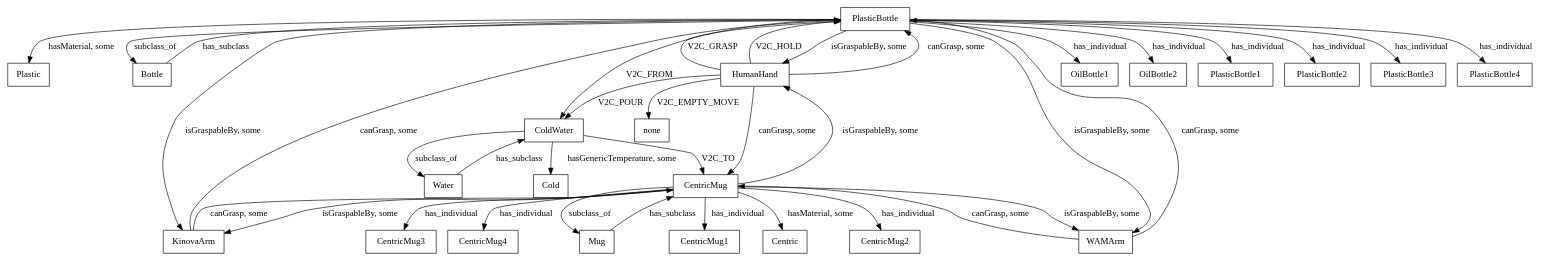
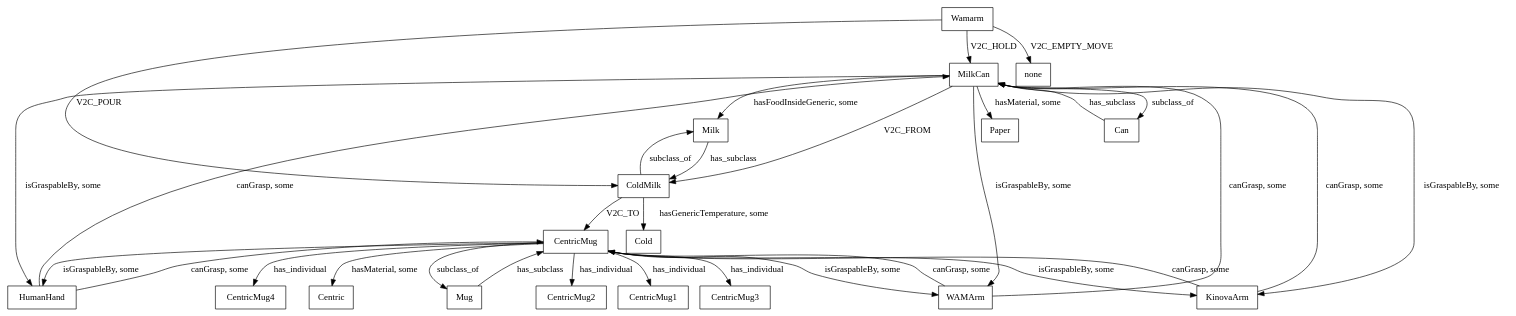
One commit to cjiang2/robot_semantics changed the diagram in experiments/demo/KG.gv. Above: the diagram before and after it, drawn with Graphviz. The commit also changed 6 other files, not shown here.

```diff
--- a/experiments/demo/KG.gv
+++ b/experiments/demo/KG.gv
@@ -1,151 +1,127 @@
 digraph KG {
 	node [shape=box]
 	node [shape=box]
-	PlasticBottle
-	Plastic
-	PlasticBottle -> Plastic [label="hasMaterial, some"]
+	MilkCan
+	Milk
+	MilkCan -> Milk [label="hasFoodInsideGeneric, some"]
 	node [shape=box]
-	PlasticBottle
-	Bottle
-	PlasticBottle -> Bottle [label=subclass_of]
+	MilkCan
+	Paper
+	MilkCan -> Paper [label="hasMaterial, some"]
 	node [shape=box]
-	PlasticBottle
+	MilkCan
+	Can
+	MilkCan -> Can [label=subclass_of]
+	node [shape=box]
+	MilkCan
 	HumanHand
-	PlasticBottle -> HumanHand [label="isGraspableBy, some"]
+	MilkCan -> HumanHand [label="isGraspableBy, some"]
 	node [shape=box]
-	PlasticBottle
+	MilkCan
 	KinovaArm
-	PlasticBottle -> KinovaArm [label="isGraspableBy, some"]
+	MilkCan -> KinovaArm [label="isGraspableBy, some"]
 	node [shape=box]
-	PlasticBottle
+	MilkCan
 	WAMArm
-	PlasticBottle -> WAMArm [label="isGraspableBy, some"]
+	MilkCan -> WAMArm [label="isGraspableBy, some"]
 	node [shape=box]
-	PlasticBottle
-	OilBottle1
-	PlasticBottle -> OilBottle1 [label=has_individual]
-	node [shape=box]
-	PlasticBottle
-	OilBottle2
-	PlasticBottle -> OilBottle2 [label=has_individual]
-	node [shape=box]
-	PlasticBottle
-	PlasticBottle1
-	PlasticBottle -> PlasticBottle1 [label=has_individual]
-	node [shape=box]
-	PlasticBottle
-	PlasticBottle2
-	PlasticBottle -> PlasticBottle2 [label=has_individual]
-	node [shape=box]
-	PlasticBottle
-	PlasticBottle3
-	PlasticBottle -> PlasticBottle3 [label=has_individual]
-	node [shape=box]
-	PlasticBottle
-	PlasticBottle4
-	PlasticBottle -> PlasticBottle4 [label=has_individual]
-	node [shape=box]
-	Bottle
-	PlasticBottle
-	Bottle -> PlasticBottle [label=has_subclass]
+	Can
+	MilkCan
+	Can -> MilkCan [label=has_subclass]
 	node [shape=box]
 	HumanHand
-	PlasticBottle
-	HumanHand -> PlasticBottle [label="canGrasp, some"]
+	MilkCan
+	HumanHand -> MilkCan [label="canGrasp, some"]
 	node [shape=box]
 	KinovaArm
-	PlasticBottle
-	KinovaArm -> PlasticBottle [label="canGrasp, some"]
+	MilkCan
+	KinovaArm -> MilkCan [label="canGrasp, some"]
 	node [shape=box]
 	WAMArm
-	PlasticBottle
-	WAMArm -> PlasticBottle [label="canGrasp, some"]
+	MilkCan
+	WAMArm -> MilkCan [label="canGrasp, some"]
 	node [shape=box]
-	ColdWater
+	ColdMilk
 	Cold
-	ColdWater -> Cold [label="hasGenericTemperature, some"]
+	ColdMilk -> Cold [label="hasGenericTemperature, some"]
 	node [shape=box]
-	ColdWater
-	Water
-	ColdWater -> Water [label=subclass_of]
+	ColdMilk
+	Milk
+	ColdMilk -> Milk [label=subclass_of]
 	node [shape=box]
-	Water
-	ColdWater
-	Water -> ColdWater [label=has_subclass]
+	Milk
+	ColdMilk
+	Milk -> ColdMilk [label=has_subclass]
 	node [shape=box]
 	CentricMug
 	Centric
 	CentricMug -> Centric [label="hasMaterial, some"]
 	node [shape=box]
 	CentricMug
 	Mug
 	CentricMug -> Mug [label=subclass_of]
 	node [shape=box]
 	CentricMug
 	HumanHand
 	CentricMug -> HumanHand [label="isGraspableBy, some"]
 	node [shape=box]
 	CentricMug
 	KinovaArm
 	CentricMug -> KinovaArm [label="isGraspableBy, some"]
 	node [shape=box]
 	CentricMug
 	WAMArm
 	CentricMug -> WAMArm [label="isGraspableBy, some"]
 	node [shape=box]
 	CentricMug
 	CentricMug1
 	CentricMug -> CentricMug1 [label=has_individual]
 	node [shape=box]
 	CentricMug
 	CentricMug2
 	CentricMug -> CentricMug2 [label=has_individual]
 	node [shape=box]
 	CentricMug
 	CentricMug3
 	CentricMug -> CentricMug3 [label=has_individual]
 	node [shape=box]
 	CentricMug
 	CentricMug4
 	CentricMug -> CentricMug4 [label=has_individual]
 	node [shape=box]
 	Mug
 	CentricMug
 	Mug -> CentricMug [label=has_subclass]
 	node [shape=box]
 	HumanHand
 	CentricMug
 	HumanHand -> CentricMug [label="canGrasp, some"]
 	node [shape=box]
 	KinovaArm
 	CentricMug
 	KinovaArm -> CentricMug [label="canGrasp, some"]
 	node [shape=box]
 	WAMArm
 	CentricMug
 	WAMArm -> CentricMug [label="canGrasp, some"]
 	node [shape=box]
-	HumanHand
+	Wamarm
 	none
-	HumanHand -> none [label=V2C_EMPTY_MOVE]
+	Wamarm -> none [label=V2C_EMPTY_MOVE]
 	node [shape=box]
-	HumanHand
-	PlasticBottle
-	HumanHand -> PlasticBottle [label=V2C_GRASP]
+	Wamarm
+	MilkCan
+	Wamarm -> MilkCan [label=V2C_HOLD]
 	node [shape=box]
-	HumanHand
-	PlasticBottle
-	HumanHand -> PlasticBottle [label=V2C_HOLD]
+	Wamarm
+	ColdMilk
+	Wamarm -> ColdMilk [label=V2C_POUR]
 	node [shape=box]
-	HumanHand
-	ColdWater
-	HumanHand -> ColdWater [label=V2C_POUR]
+	MilkCan
+	ColdMilk
+	MilkCan -> ColdMilk [label=V2C_FROM]
 	node [shape=box]
-	PlasticBottle
-	ColdWater
-	PlasticBottle -> ColdWater [label=V2C_FROM]
-	node [shape=box]
-	ColdWater
+	ColdMilk
 	CentricMug
-	ColdWater -> CentricMug [label=V2C_TO]
+	ColdMilk -> CentricMug [label=V2C_TO]
 }
```
